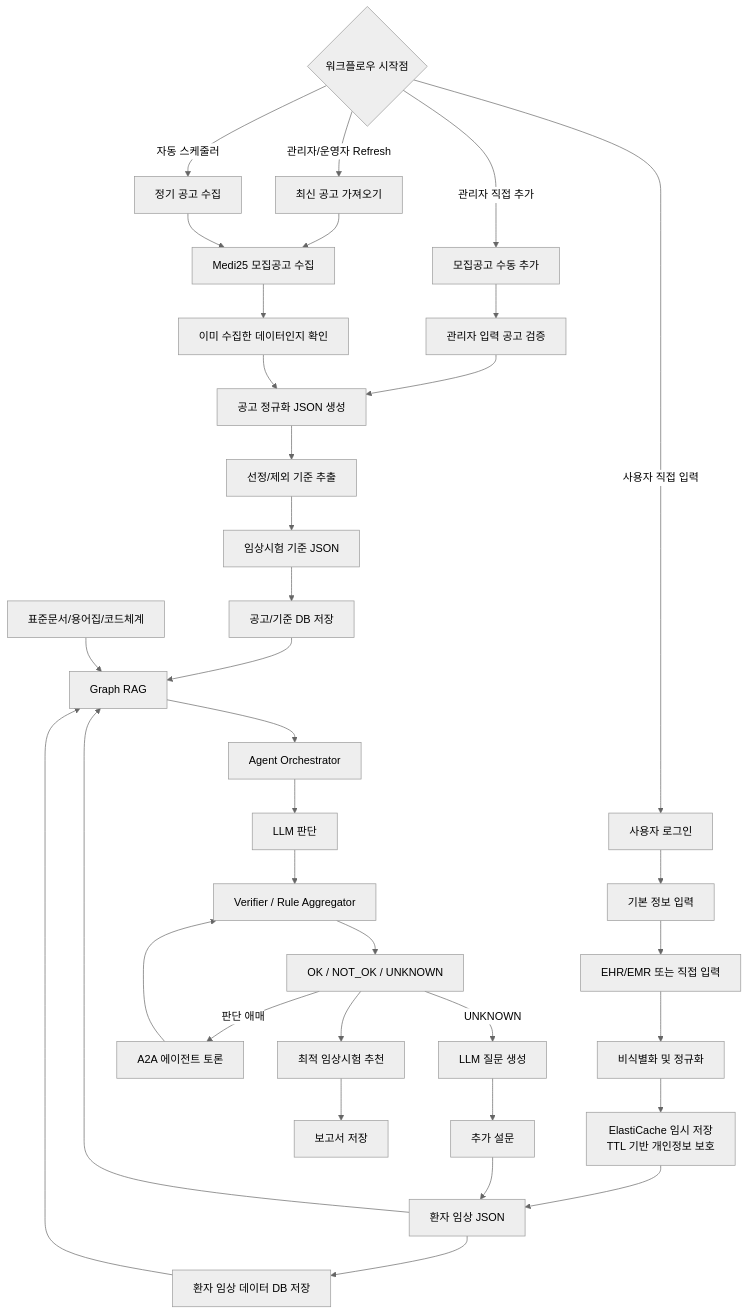
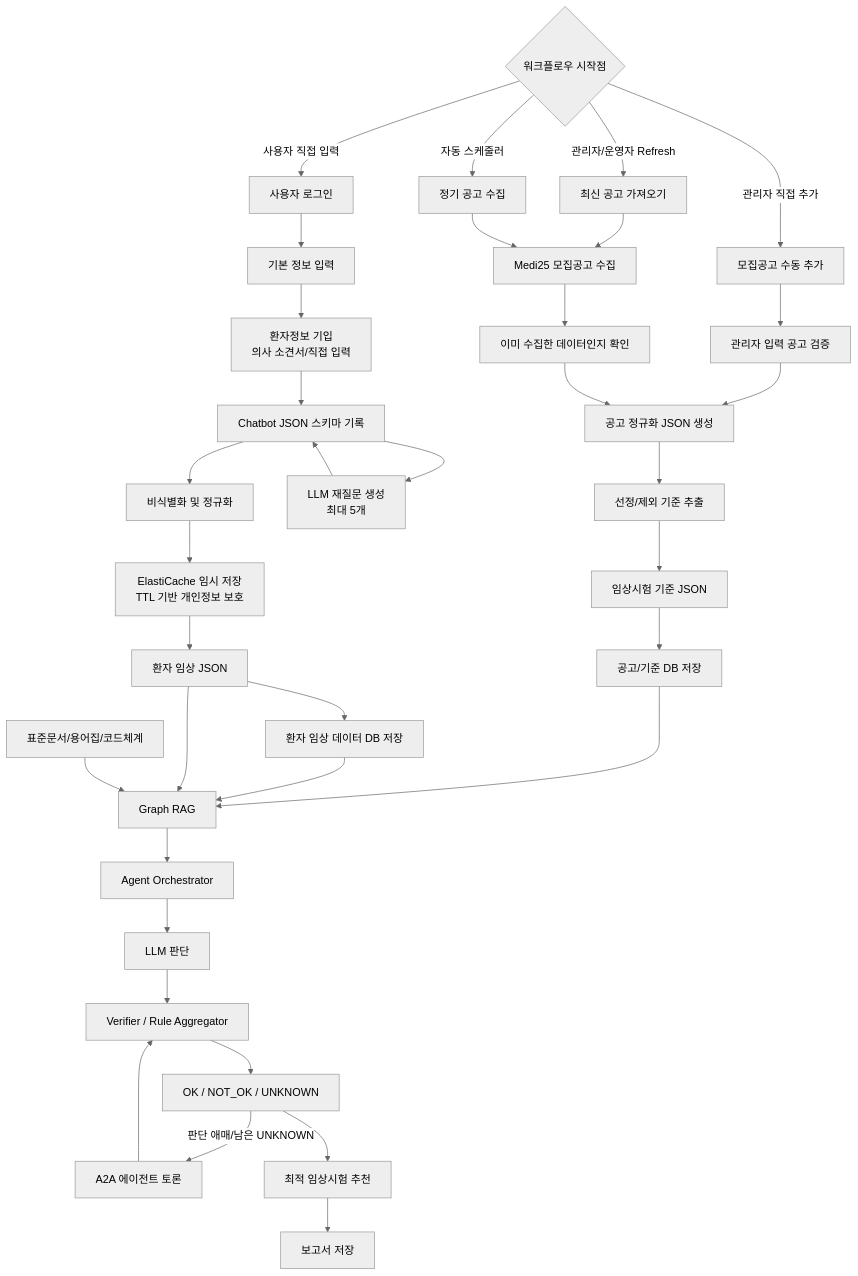
The first of 7 diagrams in doc/MATCHING_MODEL_V2.md (1jaekim/AWS_Healthcare), drawn with Mermaid (neutral theme) before and after one commit. The commit also changed other lines of this file and 1 other file, not shown here.

Commit message:
docs: update matching workflow architecture

````diff
--- a/doc/MATCHING_MODEL_V2.md
+++ b/doc/MATCHING_MODEL_V2.md
@@ -11,45 +11,44 @@
 ```mermaid
 flowchart TD
     START{"워크플로우 시작점"}
     START -->|관리자/운영자 Refresh| REF["최신 공고 가져오기"]
     START -->|관리자 직접 추가| ADMINADD["모집공고 수동 추가"]
     START -->|자동 스케줄러| AUTO["정기 공고 수집"]
     START -->|사용자 직접 입력| U["사용자 로그인"]
 
     REF --> A["Medi25 모집공고 수집"]
     ADMINADD --> MANUAL["관리자 입력 공고 검증"]
     MANUAL --> B
     AUTO --> A
     A --> CHECK["이미 수집한 데이터인지 확인"]
     CHECK --> B["공고 정규화 JSON 생성"]
     B --> C["선정/제외 기준 추출"]
     C --> D["임상시험 기준 JSON"]
     D --> DBT["공고/기준 DB 저장"]
 
     U --> P["기본 정보 입력"]
-    P --> E["EHR/EMR 또는 직접 입력"]
-    E --> S["비식별화 및 정규화"]
+    P --> E["환자정보 기입<br/>의사 소견서/직접 입력"]
+    E --> BOT["Chatbot JSON 스키마 기록"]
+    BOT --> Q0["LLM 재질문 생성<br/>최대 5개"]
+    Q0 --> BOT
+    BOT --> S["비식별화 및 정규화"]
     S --> CACHE["ElastiCache 임시 저장<br/>TTL 기반 개인정보 보호"]
     CACHE --> J["환자 임상 JSON"]
     J --> DBP["환자 임상 데이터 DB 저장"]
 
     DBT --> R["Graph RAG"]
     DBP --> R
     J --> R
     STD["표준문서/용어집/코드체계"] --> R
 
     R --> AG["Agent Orchestrator"]
     AG --> M["LLM 판단"]
     M --> V["Verifier / Rule Aggregator"]
     V --> O["OK / NOT_OK / UNKNOWN"]
 
-    O -->|UNKNOWN| Q["LLM 질문 생성"]
-    Q --> QA["추가 설문"]
-    QA --> J
-
-    O -->|판단 애매| A2A["A2A 에이전트 토론"]
+    O -->|판단 애매/남은 UNKNOWN| A2A["A2A 에이전트 토론"]
     A2A --> V
 
     O --> REC["최적 임상시험 추천"]
     REC --> REP["보고서 저장"]
 ```
````
